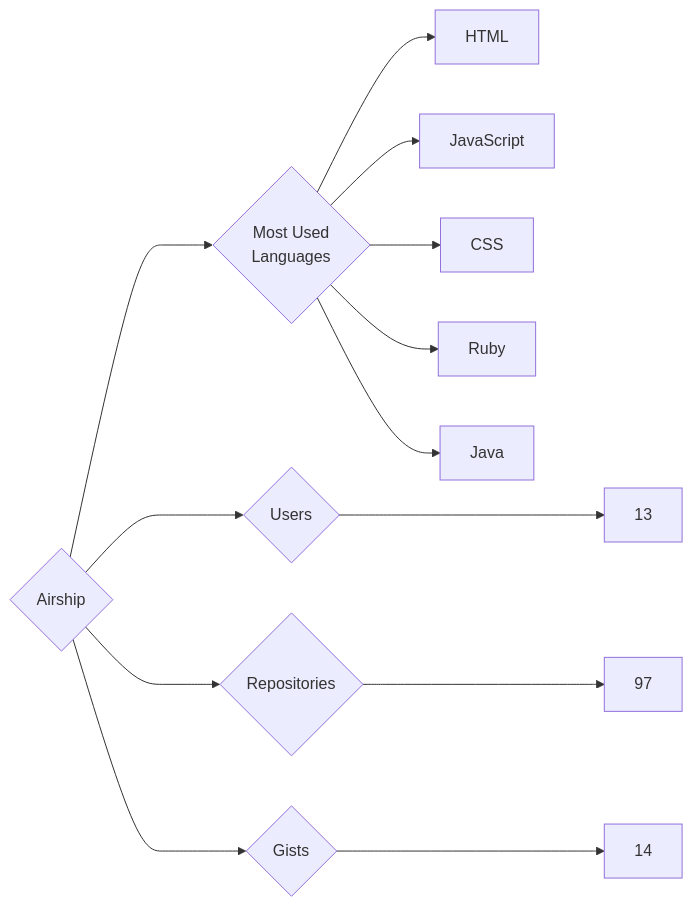
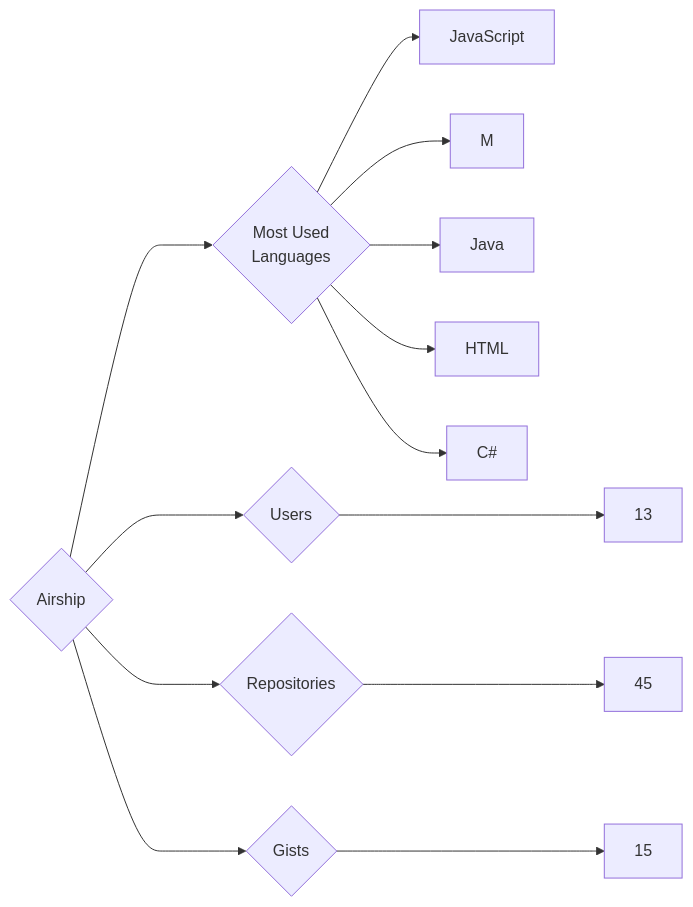
Before and after one commit to trickest/insiders: the diagram in targets/Airship/README.md, drawn with Mermaid. The commit also changed 736 other files, not shown here.

````diff
--- a/targets/Airship/README.md
+++ b/targets/Airship/README.md
@@ -3,13 +3,13 @@
 ```mermaid
 graph LR
 COMPANY_NAME{Airship}
 COMPANY_NAME ---> U{Users} ---> UN[13]
-COMPANY_NAME ---> R{Repositories} ---> RN[97]
-COMPANY_NAME ---> G{Gists} ---> GN[14]
+COMPANY_NAME ---> R{Repositories} ---> RN[45]
+COMPANY_NAME ---> G{Gists} ---> GN[15]
 COMPANY_NAME ---> ML{Most Used<br>Languages}
+ML --> JavaScript[JavaScript]
+ML --> M[M]
+ML --> Java[Java]
 ML --> HTML[HTML]
-ML --> JavaScript[JavaScript]
-ML --> CSS[CSS]
-ML --> Ruby[Ruby]
-ML --> Java[Java]
+ML --> C#[C#]
 ```
````
